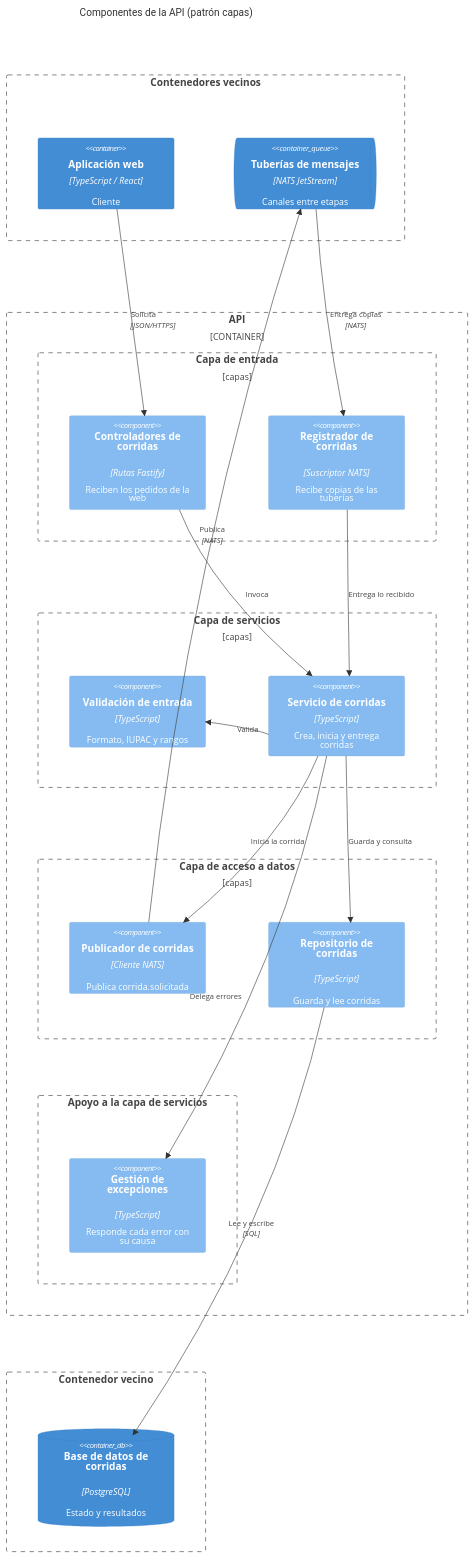
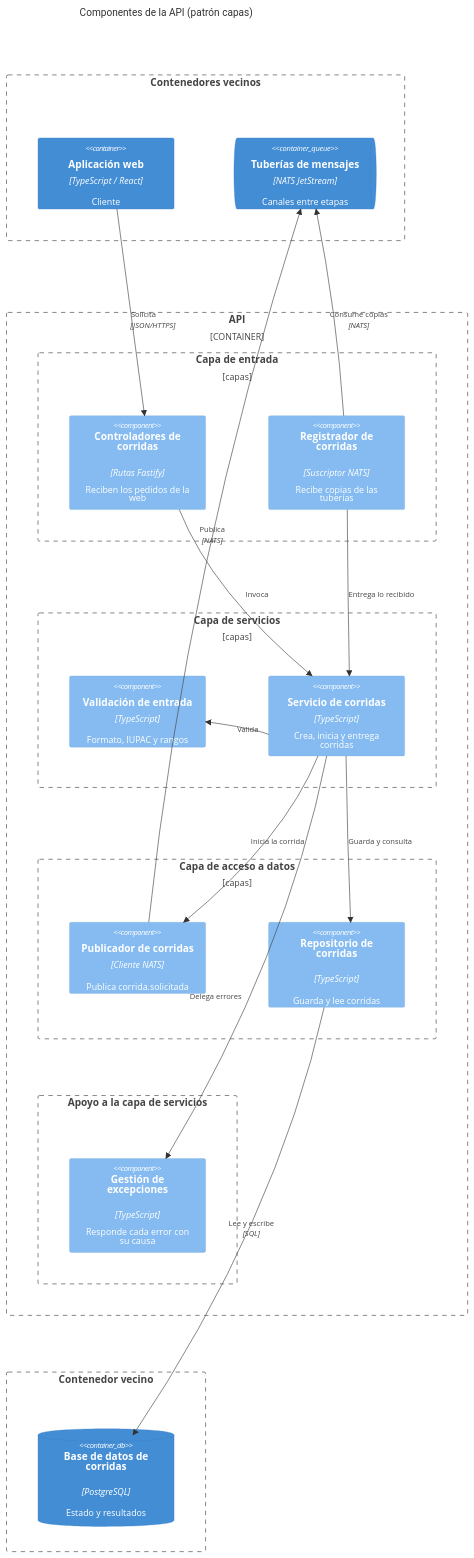
One commit to MatiasRiosMR/PrimerCraft-Pro-2026 changed the fourth of 8 diagrams in docs/architecture/arquitectura.md. Above: the diagram before and after it, drawn with Mermaid. The commit also changed other lines of this file, not shown here.

````diff
--- a/docs/architecture/arquitectura.md
+++ b/docs/architecture/arquitectura.md
@@ -572,42 +572,42 @@
 ```mermaid
 %%{init: {"wrap": true}}%%
 C4Component
    title Componentes de la API (patrón capas)
    Boundary(f1, "Contenedores vecinos", "") {
        Container(web, "Aplicación web", "TypeScript / React", "Cliente")
        ContainerQueue(tub, "Tuberías de mensajes", "NATS JetStream", "Canales entre etapas")
    }
    Container_Boundary(api, "API") {
        Boundary(c1, "Capa de entrada", "capas") {
            Component(ctrl, "Controladores de corridas", "Rutas Fastify", "Reciben los pedidos de la web")
            Component(reg, "Registrador de corridas", "Suscriptor NATS", "Recibe copias de las tuberías")
        }
        Boundary(c2, "Capa de servicios", "capas") {
            Component(val, "Validación de entrada", "TypeScript", "Formato, IUPAC y rangos")
            Component(serv, "Servicio de corridas", "TypeScript", "Crea, inicia y entrega corridas")
        }
        Boundary(c3, "Capa de acceso a datos", "capas") {
            Component(pub, "Publicador de corridas", "Cliente NATS", "Publica corrida.solicitada")
            Component(repo, "Repositorio de corridas", "TypeScript", "Guarda y lee corridas")
        }
        Boundary(c4, "Apoyo a la capa de servicios", "") {
            Component(exc, "Gestión de excepciones", "TypeScript", "Responde cada error con su causa")
        }
    }
    Boundary(f2, "Contenedor vecino", "") {
        ContainerDb(bd, "Base de datos de corridas", "PostgreSQL", "Estado y resultados")
    }
    Rel(web, ctrl, "Solicita", "JSON/HTTPS")
-   Rel(tub, reg, "Entrega copias", "NATS")
+   Rel(reg, tub, "Consume copias", "NATS")
    Rel(ctrl, serv, "Invoca")
    Rel(reg, serv, "Entrega lo recibido")
    Rel(serv, val, "Valida")
    Rel(serv, exc, "Delega errores")
    Rel(serv, repo, "Guarda y consulta")
    Rel(serv, pub, "Inicia la corrida")
    Rel(repo, bd, "Lee y escribe", "SQL")
    Rel(pub, tub, "Publica", "NATS")
    UpdateRelStyle(serv, exc, $offsetX="-90", $offsetY="60")
    UpdateRelStyle(pub, tub, $offsetX="-40", $offsetY="-60")
    UpdateLayoutConfig($c4ShapeInRow="2", $c4BoundaryInRow="1")
 ```
````
